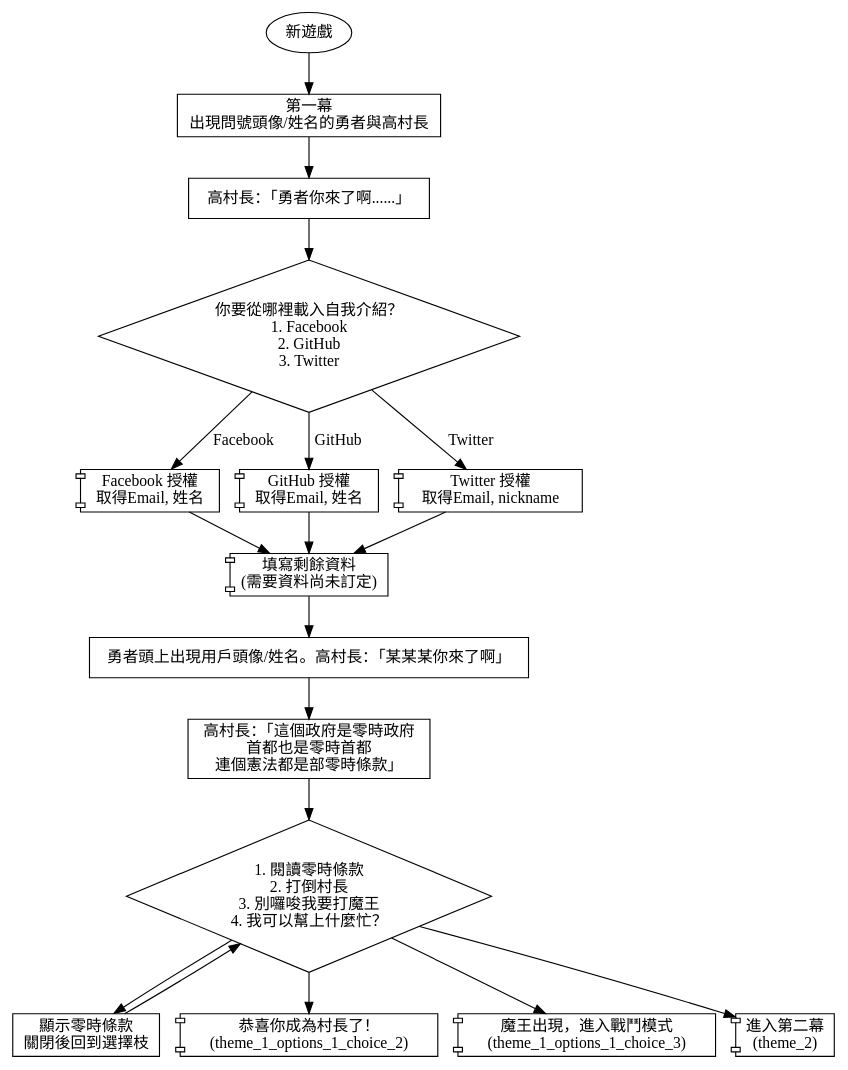
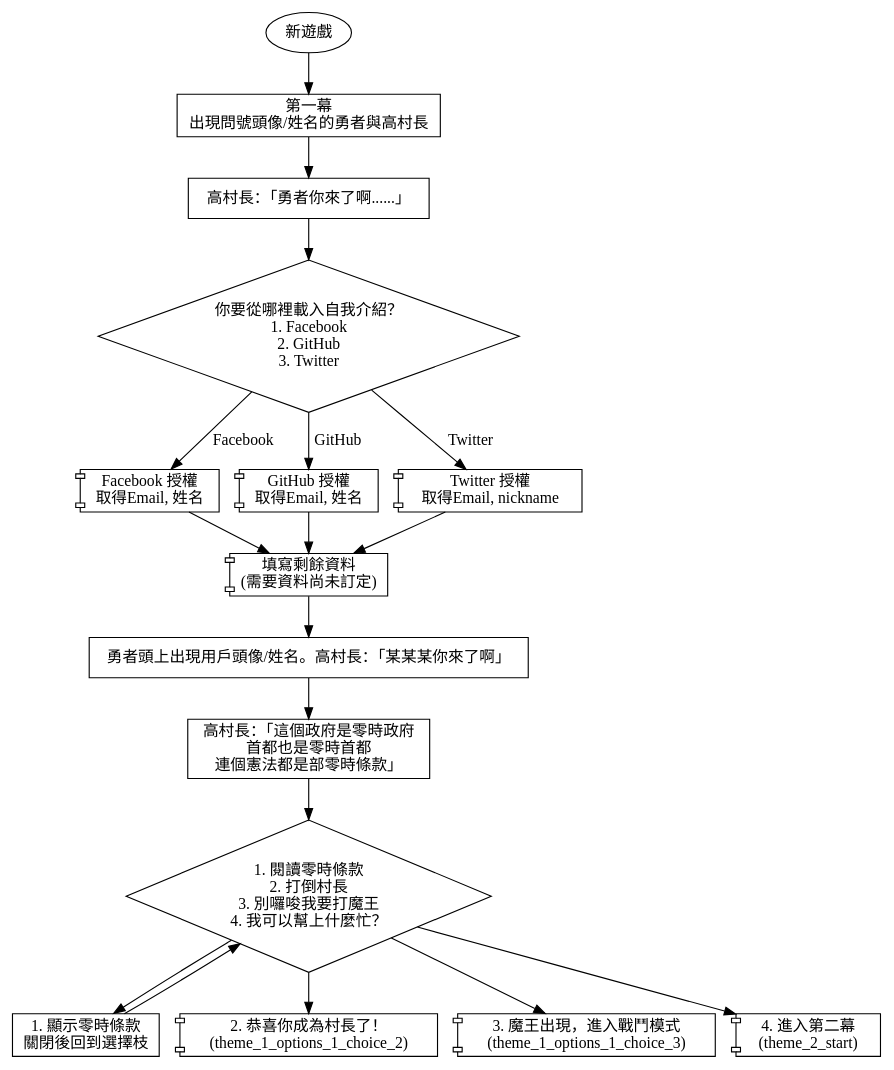
The diagram in storyboards/new_game.dot (g0v/g0village), drawn with Graphviz before and after one commit. The commit also changed 3 other files, not shown here.

```diff
--- a/storyboards/new_game.dot
+++ b/storyboards/new_game.dot
@@ -1,44 +1,44 @@
 digraph {
 
   new_game [label="新遊戲"]
   new_game -> theme_1_start
 
   theme_1_start [shape=box, label="第一幕\n出現問號頭像/姓名的勇者與高村長"]
   theme_1_start -> theme_1_1
 
   theme_1_1 [shape=box, label="高村長：「勇者你來了啊......」"]
   theme_1_1 -> load_intro
 
   load_intro [shape=diamond, label="你要從哪裡載入自我介紹？\n1. Facebook\n2. GitHub\n3. Twitter"]
   load_intro -> load_intro_from_facebook [label="Facebook"]
   load_intro -> load_intro_from_github [label="GitHub"]
   load_intro -> load_intro_from_twitter [label="Twitter"]
 
   load_intro_from_facebook [shape=component, label="Facebook 授權\n取得Email, 姓名"]
   load_intro_from_github [shape=component, label="GitHub 授權\n取得Email, 姓名"]
   load_intro_from_twitter [shape=component, label="Twitter 授權\n取得Email, nickname"]
   load_intro_from_facebook -> fill_intro
   load_intro_from_github -> fill_intro
   load_intro_from_twitter -> fill_intro
 
   fill_intro [shape=component, label="填寫剩餘資料\n(需要資料尚未訂定)"]
   fill_intro -> theme_1_2
 
   theme_1_2 [shape=box, label="勇者頭上出現用戶頭像/姓名。高村長：「某某某你來了啊」"]
   theme_1_2 -> theme_1_3
 
   theme_1_3 [shape=box, label="高村長：「這個政府是零時政府\n首都也是零時首都\n連個憲法都是部零時條款」"]
   theme_1_3 -> theme_1_options_1
 
   theme_1_options_1 [shape=diamond, label="1. 閱讀零時條款\n2. 打倒村長\n3. 別囉唆我要打魔王\n4. 我可以幫上什麼忙？"]
   theme_1_options_1 -> theme_1_options_1_choice_1
   theme_1_options_1 -> theme_1_options_1_choice_2
   theme_1_options_1 -> theme_1_options_1_choice_3
-  theme_1_options_1 -> theme_2
+  theme_1_options_1 -> theme_2_start
 
-  theme_1_options_1_choice_1 [shape=box, label="顯示零時條款\n關閉後回到選擇枝"]
+  theme_1_options_1_choice_1 [shape=box, label="1. 顯示零時條款\n關閉後回到選擇枝"]
   theme_1_options_1_choice_1 -> theme_1_options_1
-  theme_1_options_1_choice_2 [shape=component, label="恭喜你成為村長了！\n(theme_1_options_1_choice_2)"]
-  theme_1_options_1_choice_3 [shape=component, label="魔王出現，進入戰鬥模式\n(theme_1_options_1_choice_3)"]
-  theme_2 [shape=component, label="進入第二幕\n(theme_2)"]
+  theme_1_options_1_choice_2 [shape=component, label="2. 恭喜你成為村長了！\n(theme_1_options_1_choice_2)"]
+  theme_1_options_1_choice_3 [shape=component, label="3. 魔王出現，進入戰鬥模式\n(theme_1_options_1_choice_3)"]
+  theme_2_start [shape=component, label="4. 進入第二幕\n(theme_2_start)"]
 }
```
